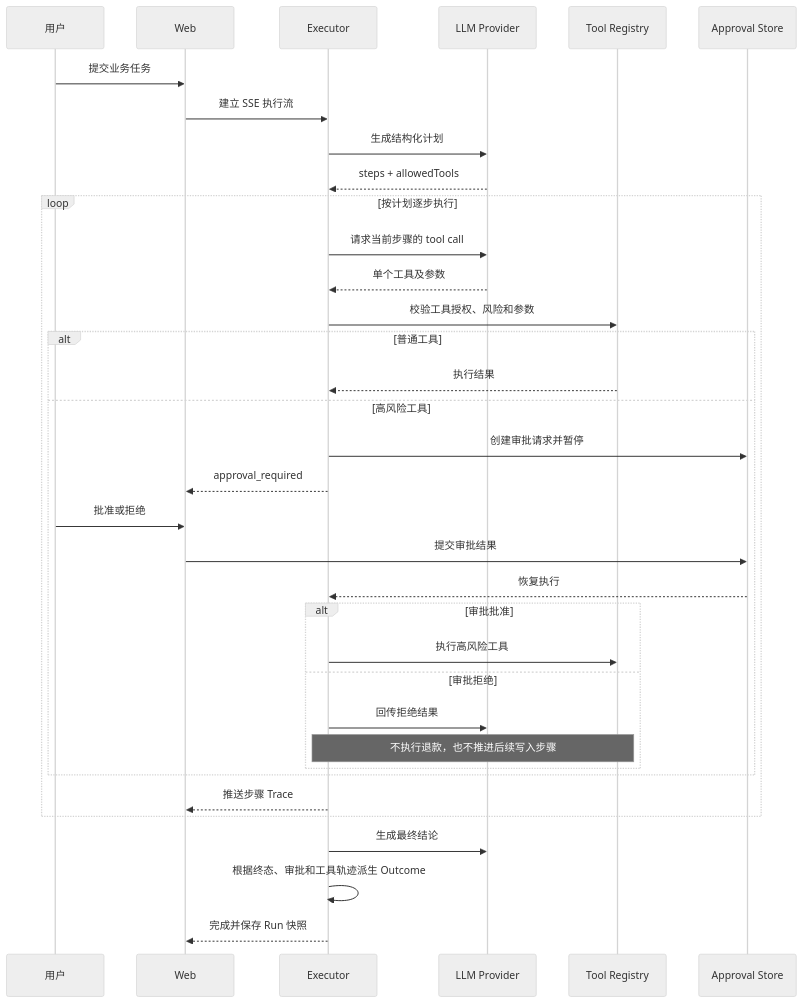
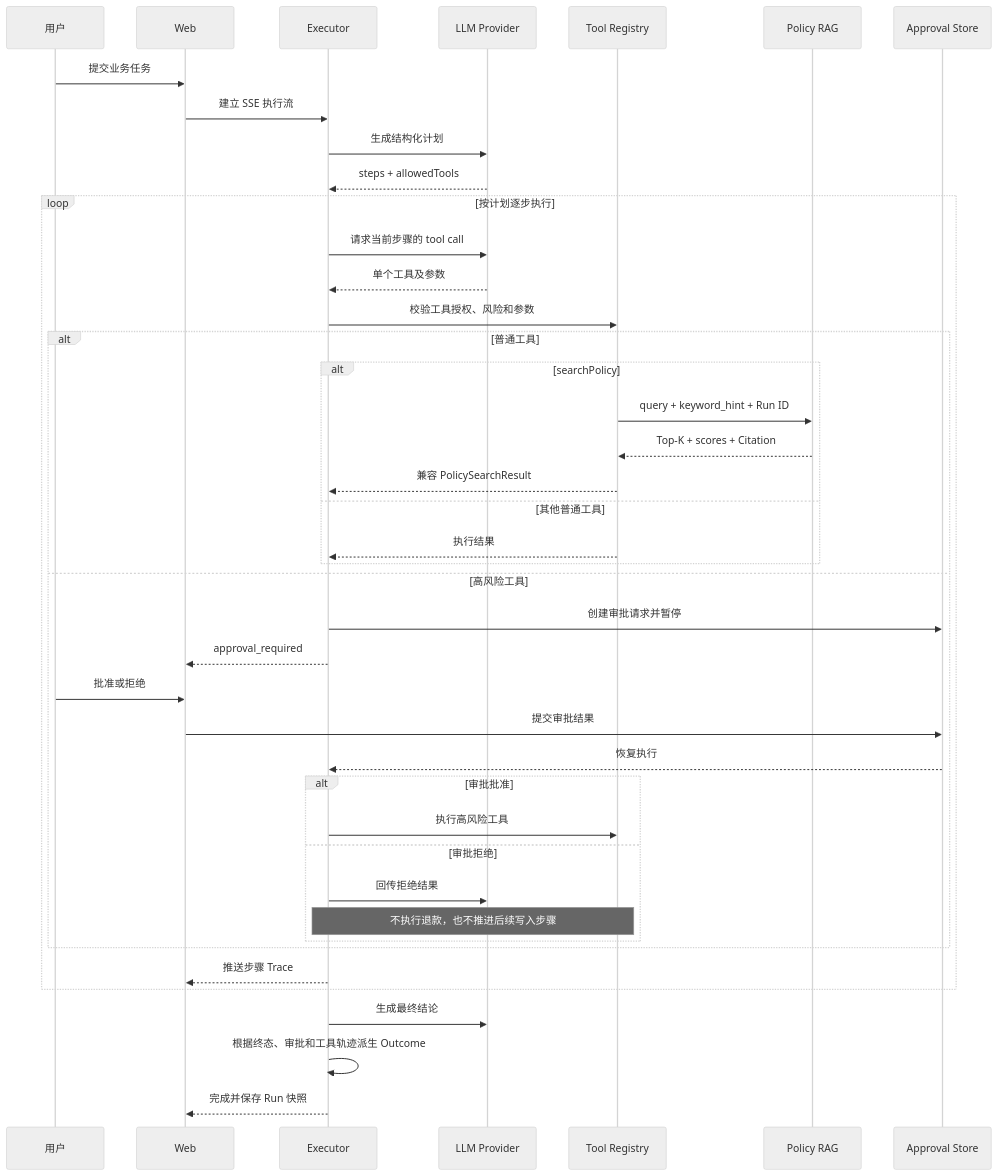
One commit to fageiu/AgentFlow changed the second of 2 diagrams in docs/architecture.md. Above: the diagram before and after it, drawn with Mermaid (neutral theme). The commit also changed other lines of this file and 31 other files, not shown here.

````diff
--- a/docs/architecture.md
+++ b/docs/architecture.md
@@ -32,40 +36,47 @@
 ```mermaid
 sequenceDiagram
     participant U as 用户
     participant W as Web
     participant E as Executor
     participant L as LLM Provider
     participant T as Tool Registry
+    participant R as Policy RAG
     participant A as Approval Store
 
     U->>W: 提交业务任务
     W->>E: 建立 SSE 执行流
     E->>L: 生成结构化计划
     L-->>E: steps + allowedTools
 
     loop 按计划逐步执行
         E->>L: 请求当前步骤的 tool call
         L-->>E: 单个工具及参数
         E->>T: 校验工具授权、风险和参数
         alt 普通工具
-            T-->>E: 执行结果
+            alt searchPolicy
+                T->>R: query + keyword_hint + Run ID
+                R-->>T: Top-K + scores + Citation
+                T-->>E: 兼容 PolicySearchResult
+            else 其他普通工具
+                T-->>E: 执行结果
+            end
         else 高风险工具
             E->>A: 创建审批请求并暂停
             E-->>W: approval_required
             U->>W: 批准或拒绝
             W->>A: 提交审批结果
             A-->>E: 恢复执行
             alt 审批批准
                 E->>T: 执行高风险工具
             else 审批拒绝
                 E->>L: 回传拒绝结果
                 Note over E,T: 不执行退款，也不推进后续写入步骤
             end
         end
         E-->>W: 推送步骤 Trace
     end
 
     E->>L: 生成最终结论
     E->>E: 根据终态、审批和工具轨迹派生 Outcome
     E-->>W: 完成并保存 Run 快照
 ```
````
